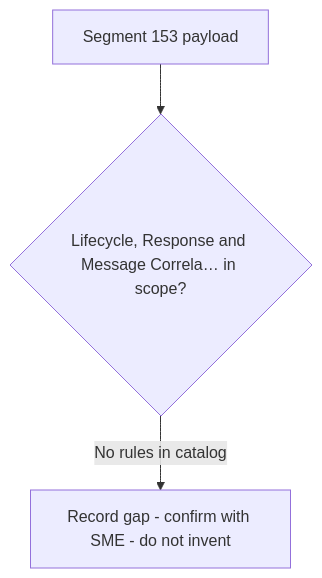
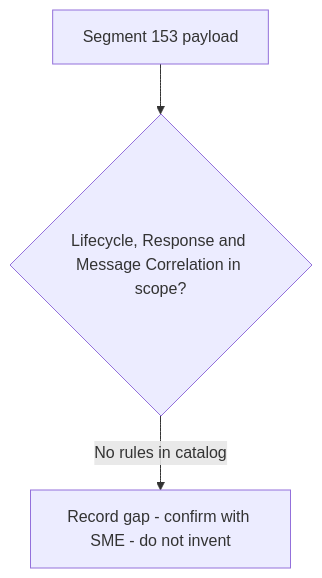
One commit to DhanSingh-hub/core-auth-ai-validation-framework changed the diagram in regression-artifact-validator/specifications/ATL105/docs/specs/kb/segment-153/lifecycle-response-correlation-flow.md. Above: the diagram before and after it, drawn with Mermaid. The commit also changed 150 other files, not shown here.

````diff
--- a/regression-artifact-validator/specifications/ATL105/docs/specs/kb/segment-153/lifecycle-response-correlation-flow.md
+++ b/regression-artifact-validator/specifications/ATL105/docs/specs/kb/segment-153/lifecycle-response-correlation-flow.md
@@ -3,5 +3,5 @@
 ```mermaid
 flowchart TD
-    A[Segment 153 payload] --> B{Lifecycle, Response and Message Correla… in scope?}
+    A[Segment 153 payload] --> B{Lifecycle, Response and Message Correlation in scope?}
     B -->|No rules in catalog| G[Record gap - confirm with SME - do not invent]
 ```
````
